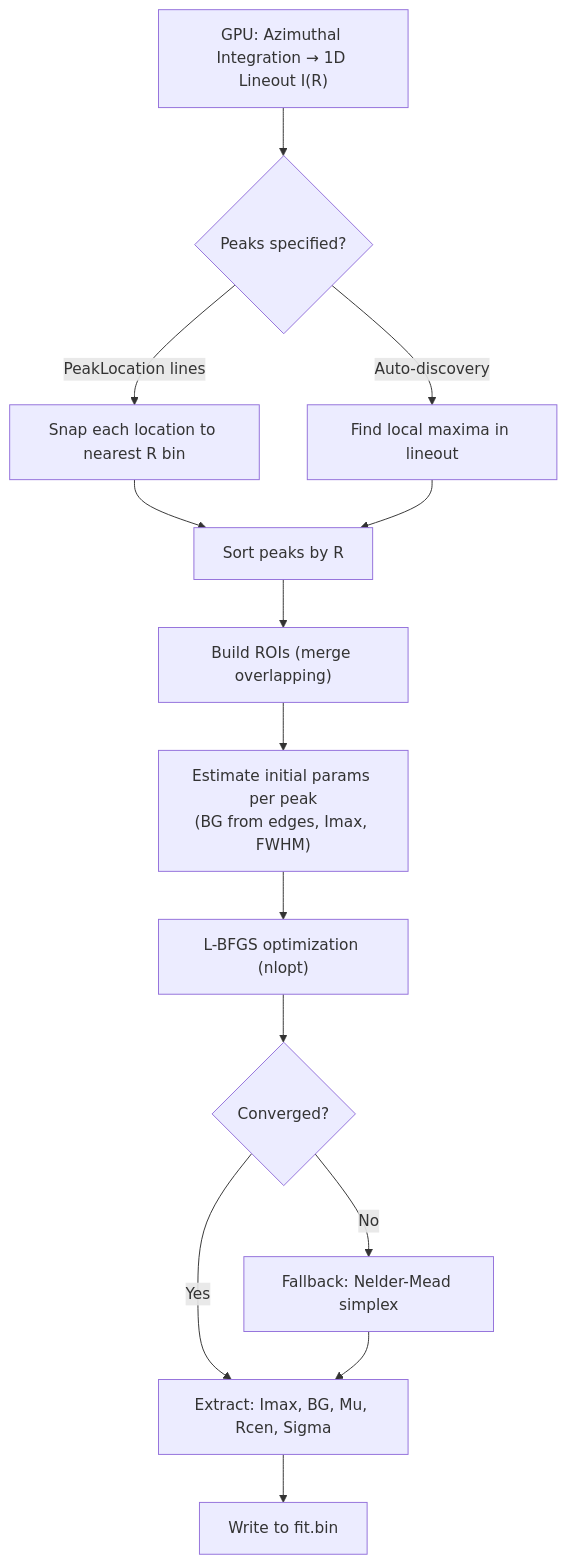
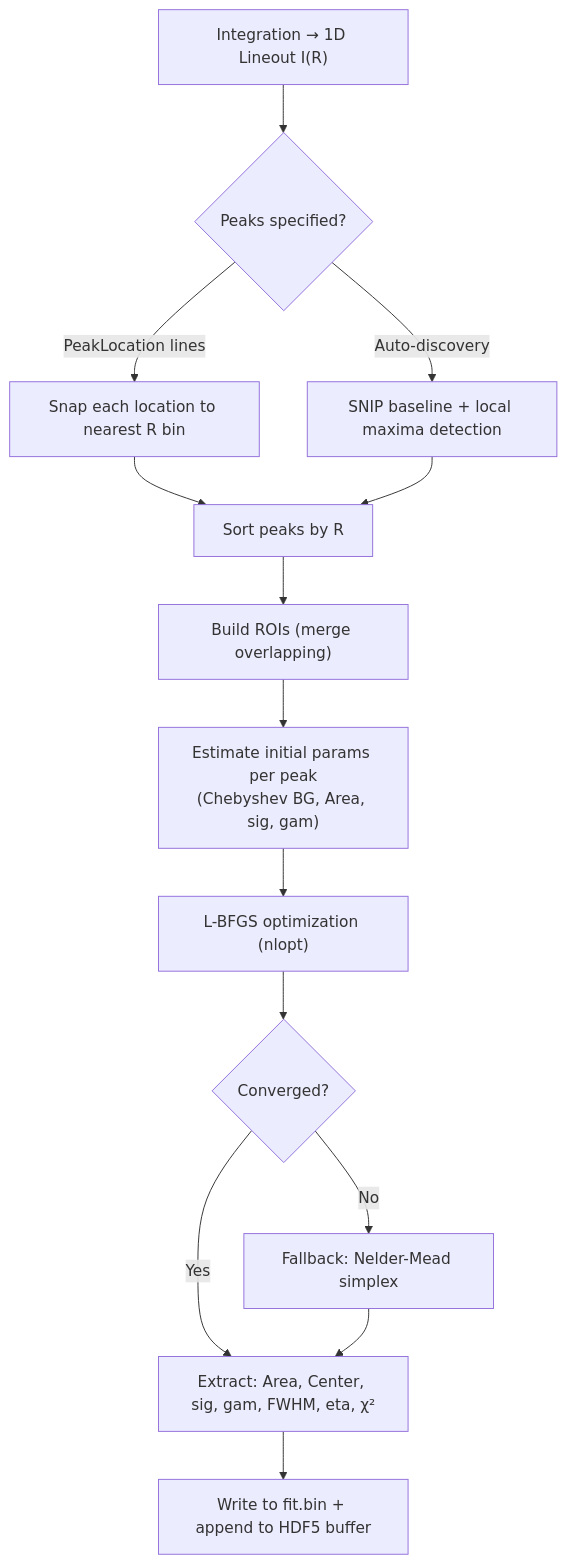
One commit to marinerhemant/MIDAS changed the second of 4 diagrams in manuals/FF_Radial_Integration.md. Above: the diagram before and after it, drawn with Mermaid. The commit also changed other lines of this file and 2 other files, not shown here.

First line of the commit message:
docs: update manuals for GSAS-II peak fitting refactor

````diff
--- a/manuals/FF_Radial_Integration.md
+++ b/manuals/FF_Radial_Integration.md
@@ -162,16 +172,16 @@
 ```mermaid
 graph TD
-    A["GPU: Azimuthal Integration → 1D Lineout I(R)"] --> B{Peaks specified?}
+    A["Integration → 1D Lineout I(R)"] --> B{Peaks specified?}
     B -->|"PeakLocation lines"| C["Snap each location to nearest R bin"]
-    B -->|"Auto-discovery"| D["Find local maxima in lineout"]
+    B -->|"Auto-discovery"| D["SNIP baseline + local maxima detection"]
     C --> E["Sort peaks by R"]
     D --> E
     E --> F["Build ROIs (merge overlapping)"]
-    F --> G["Estimate initial params per peak<br/>(BG from edges, Imax, FWHM)"]
+    F --> G["Estimate initial params per peak<br/>(Chebyshev BG, Area, sig, gam)"]
     G --> H["L-BFGS optimization (nlopt)"]
     H --> I{Converged?}
     I -->|Yes| K
     I -->|No| J["Fallback: Nelder-Mead simplex"]
-    J --> K["Extract: Imax, BG, Mu, Rcen, Sigma"]
-    K --> L["Write to fit.bin"]
+    J --> K["Extract: Area, Center, sig, gam, FWHM, eta, χ²"]
+    K --> L["Write to fit.bin + append to HDF5 buffer"]
 ```
````
